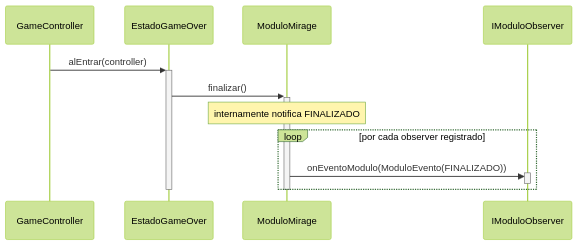
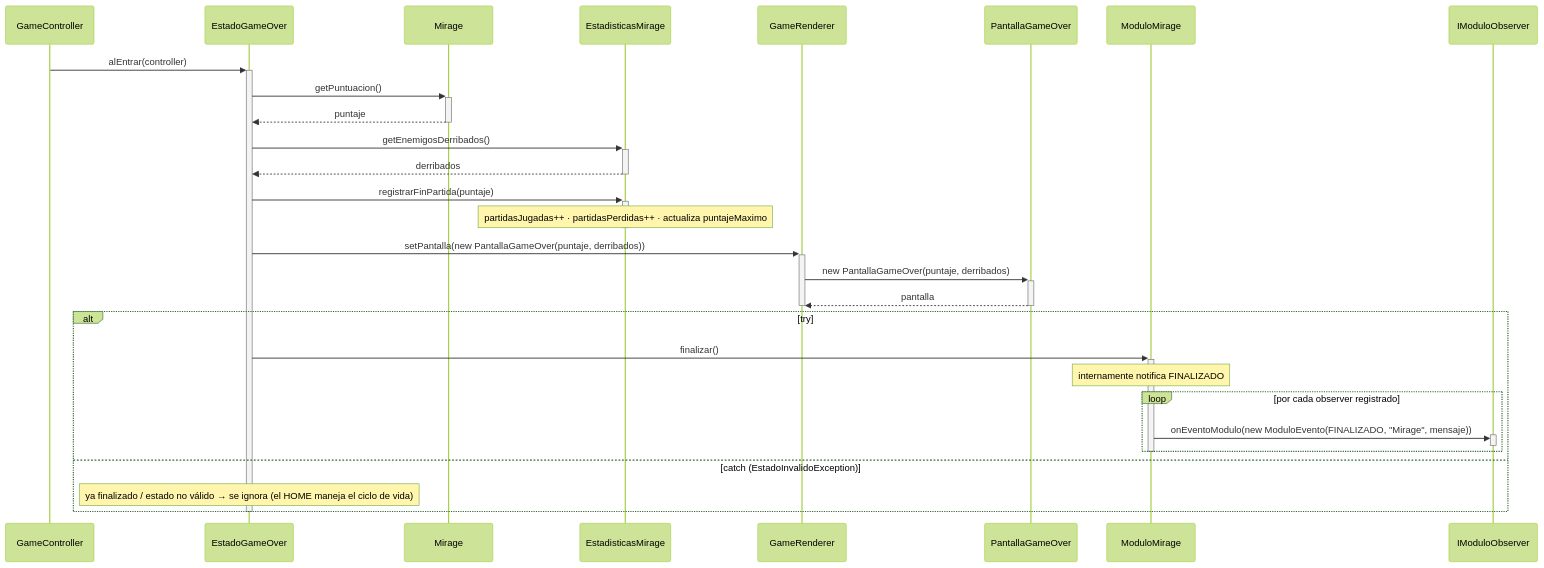
The eighth of 9 diagrams in docs/v1/analisis/casos-de-uso.md (Christian-Rojas-Rodriguez/juego-1982), drawn with Mermaid (forest theme) before and after one commit. The commit also changed other lines of this file and 12 other files, not shown here.

First line of the commit message:
fix+docs: sincronizar diagramas v1 con el codigo, fixes de auditoria y warnings

````diff
--- a/docs/v1/analisis/casos-de-uso.md
+++ b/docs/v1/analisis/casos-de-uso.md
@@ -304,17 +378,38 @@
 ```mermaid
 sequenceDiagram
     participant GameController
     participant EstadoGameOver
+    participant Mirage
+    participant EstadisticasMirage
+    participant GameRenderer
+    participant PantallaGameOver
     participant ModuloMirage
     participant IModuloObserver
 
     GameController->>+EstadoGameOver: alEntrar(controller)
-    EstadoGameOver->>+ModuloMirage: finalizar()
-    Note over ModuloMirage: internamente notifica FINALIZADO
-    loop por cada observer registrado
-        ModuloMirage->>+IModuloObserver: onEventoModulo(ModuloEvento(FINALIZADO))
-        deactivate IModuloObserver
+    EstadoGameOver->>+Mirage: getPuntuacion()
+    Mirage-->>-EstadoGameOver: puntaje
+    EstadoGameOver->>+EstadisticasMirage: getEnemigosDerribados()
+    EstadisticasMirage-->>-EstadoGameOver: derribados
+    EstadoGameOver->>+EstadisticasMirage: registrarFinPartida(puntaje)
+    Note over EstadisticasMirage: partidasJugadas++ · partidasPerdidas++ · actualiza puntajeMaximo
+    deactivate EstadisticasMirage
+
+    EstadoGameOver->>+GameRenderer: setPantalla(new PantallaGameOver(puntaje, derribados))
+    GameRenderer->>+PantallaGameOver: new PantallaGameOver(puntaje, derribados)
+    PantallaGameOver-->>-GameRenderer: pantalla
+    deactivate GameRenderer
+
+    alt try
+        EstadoGameOver->>+ModuloMirage: finalizar()
+        Note over ModuloMirage: internamente notifica FINALIZADO
+        loop por cada observer registrado
+            ModuloMirage->>+IModuloObserver: onEventoModulo(new ModuloEvento(FINALIZADO, "Mirage", mensaje))
+            deactivate IModuloObserver
+        end
+        deactivate ModuloMirage
+    else catch (EstadoInvalidoException)
+        Note over EstadoGameOver: ya finalizado / estado no válido → se ignora (el HOME maneja el ciclo de vida)
     end
-    deactivate ModuloMirage
     deactivate EstadoGameOver
 ```
````
